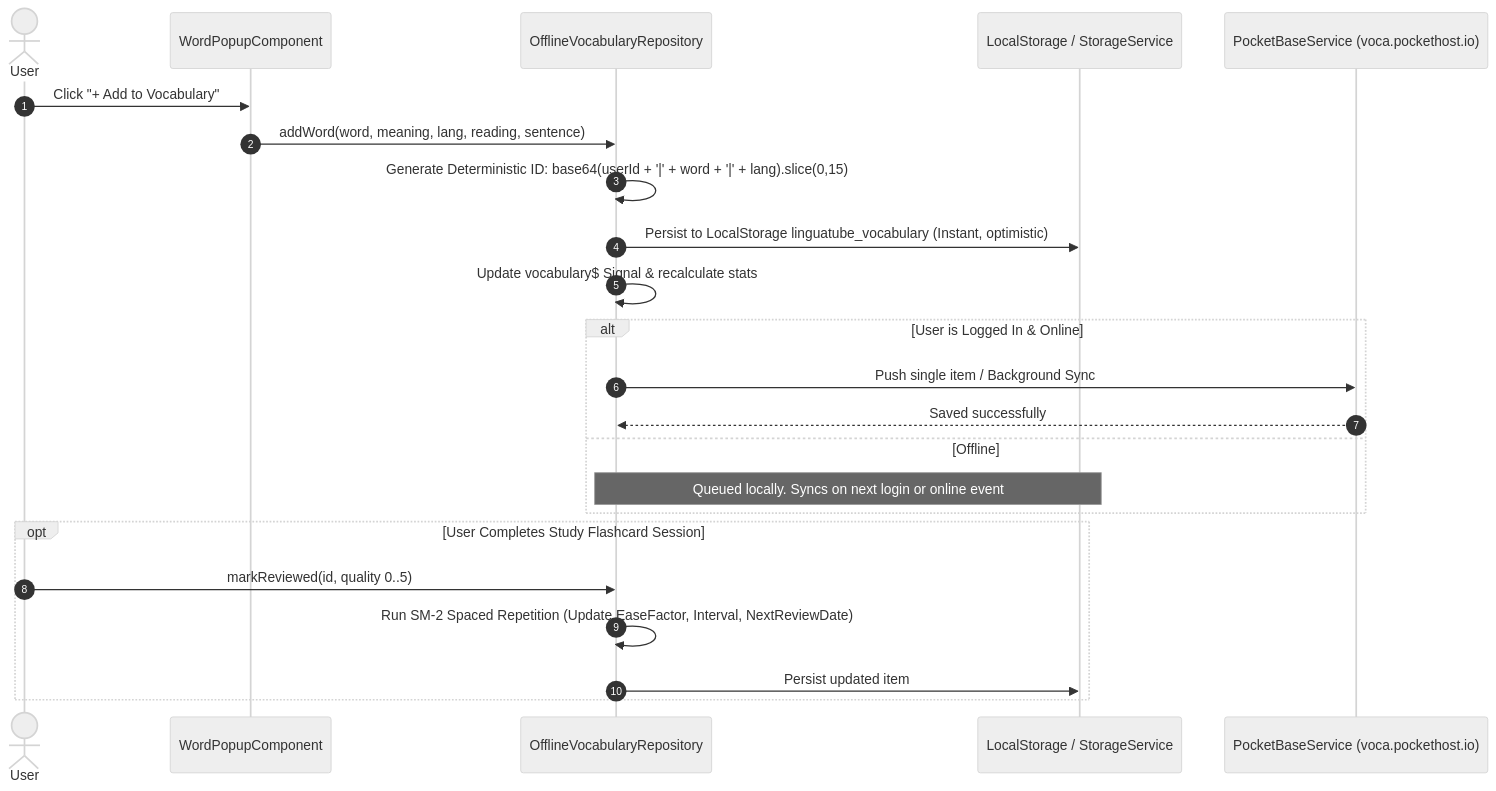
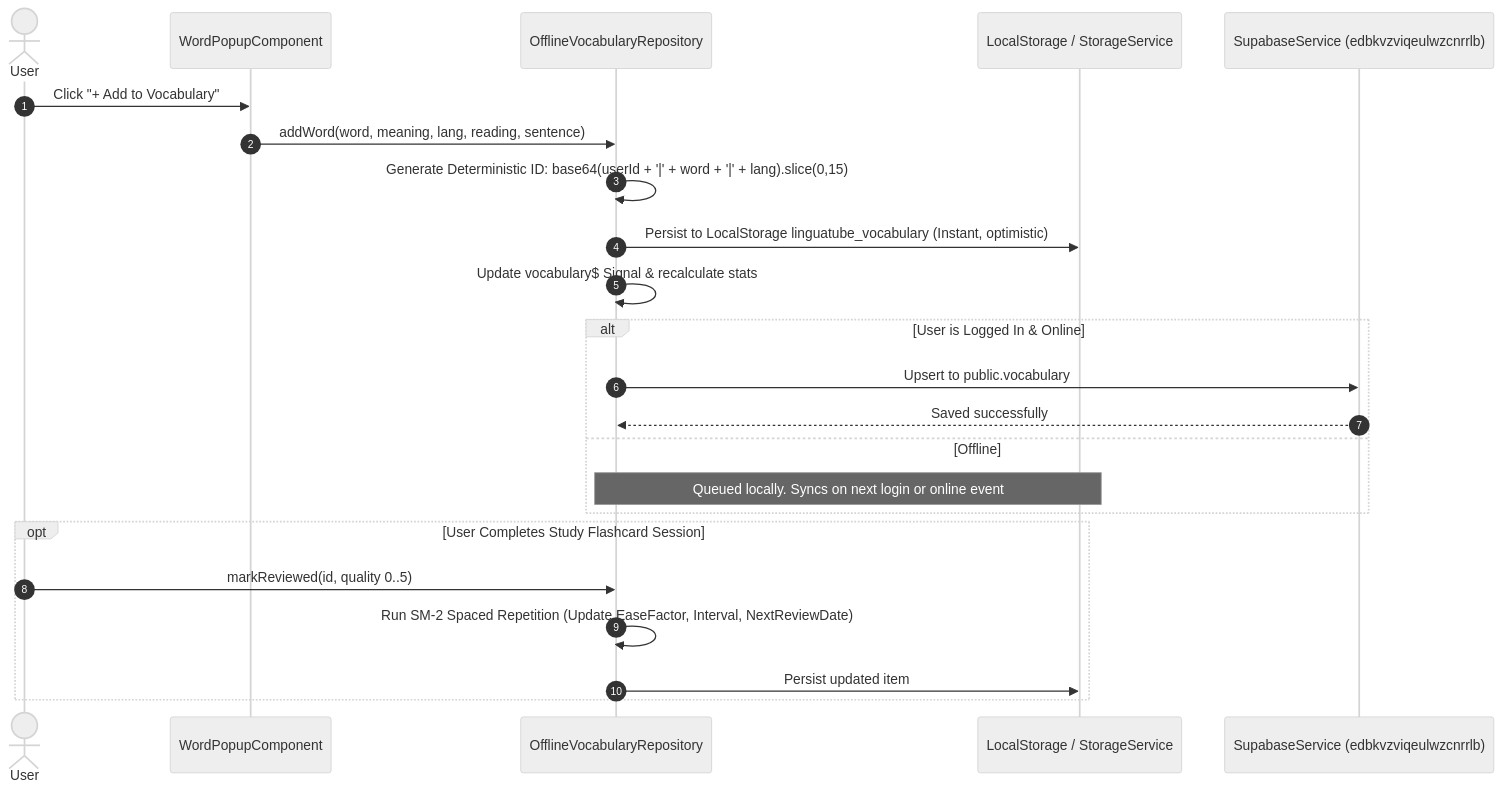
One commit to ghuyphan/LinguaTube changed the fifth of 9 diagrams in doc/map.md. Above: the diagram before and after it, drawn with Mermaid (neutral theme). The commit also changed other lines of this file and 107 other files, not shown here.

````diff
--- a/doc/map.md
+++ b/doc/map.md
@@ -288,27 +288,27 @@
 ```mermaid
 sequenceDiagram
     autonumber
     actor User
     participant Popup as WordPopupComponent
     participant Repo as OfflineVocabularyRepository
     participant Storage as LocalStorage / StorageService
-    participant PB as PocketBaseService (voca.pockethost.io)
+    participant SB as SupabaseService (edbkvzviqeulwzcnrrlb)
 
     User->>Popup: Click "+ Add to Vocabulary"
     Popup->>Repo: addWord(word, meaning, lang, reading, sentence)
     Repo->>Repo: Generate Deterministic ID: base64(userId + '|' + word + '|' + lang).slice(0,15)
     Repo->>Storage: Persist to LocalStorage linguatube_vocabulary (Instant, optimistic)
     Repo->>Repo: Update vocabulary$ Signal & recalculate stats
     alt User is Logged In & Online
-        Repo->>PB: Push single item / Background Sync
-        PB-->>Repo: Saved successfully
+        Repo->>SB: Upsert to public.vocabulary
+        SB-->>Repo: Saved successfully
     else Offline
         Note over Repo,Storage: Queued locally. Syncs on next login or online event
     end
 
     opt User Completes Study Flashcard Session
         User->>Repo: markReviewed(id, quality 0..5)
         Repo->>Repo: Run SM-2 Spaced Repetition (Update EaseFactor, Interval, NextReviewDate)
         Repo->>Storage: Persist updated item
     end
 ```
````
